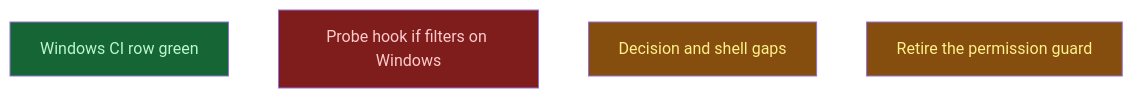
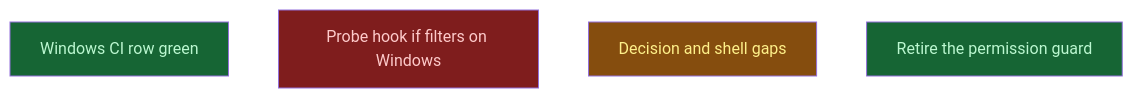
The diagram in __roadmap__/windows_install/README.md (CrackingShells/Murmuration), drawn with Mermaid before and after one commit. The commit also changed other lines of this file and 1 other file, not shown here.

First line of the commit message:
docs(roadmap): record the 0.2.0 release and the install from Nest

````diff
--- a/__roadmap__/windows_install/README.md
+++ b/__roadmap__/windows_install/README.md
@@ -21,12 +22,12 @@
 ```mermaid
 graph TD
     ci_green[Windows CI row green]:::done
     if_probe[Probe hook if filters on Windows]:::blocked
     next[Decision and shell gaps]:::inprogress
-    retire_guard[Retire the permission guard]:::inprogress
+    retire_guard[Retire the permission guard]:::done
     classDef done       fill:#166534,color:#bbf7d0
     classDef inprogress fill:#854d0e,color:#fef08a
     classDef planned    fill:#374151,color:#e5e7eb
     classDef amendment  fill:#1e3a5f,color:#bfdbfe
     classDef blocked    fill:#7f1d1d,color:#fecaca
 ```
````
